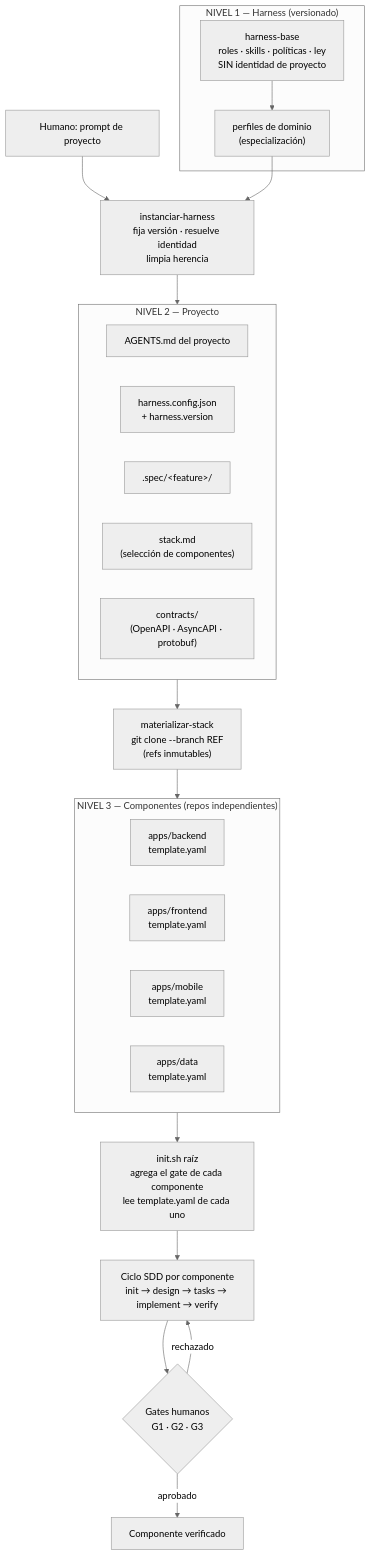
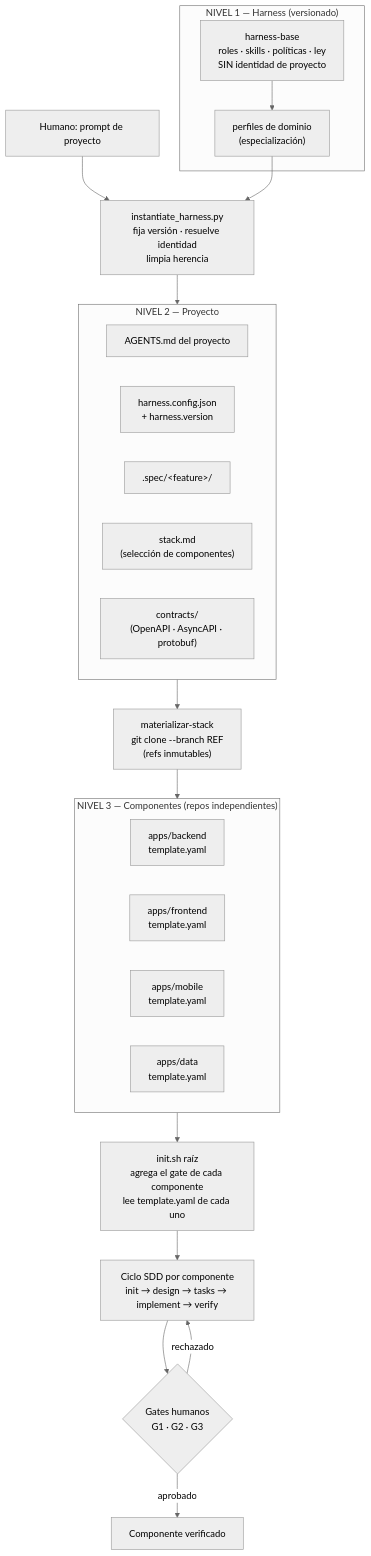
Before and after one commit to juanmorenomotta/ai-harness-architecture: the diagram in docs/propuesta-harness-instanciable.md, drawn with Mermaid (neutral theme). The commit also changed other lines of this file and 7 other files, not shown here.

````diff
--- a/docs/propuesta-harness-instanciable.md
+++ b/docs/propuesta-harness-instanciable.md
@@ -93,41 +93,41 @@
 ```mermaid
 flowchart TD
   subgraph N1["NIVEL 1 — Harness (versionado)"]
     HB["harness-base<br/>roles · skills · políticas · ley<br/>SIN identidad de proyecto"]
     HP["perfiles de dominio<br/>(especialización)"]
     HB --> HP
   end
 
   P["Humano: prompt de proyecto"] --> INST
-  HP --> INST["instanciar-harness<br/>fija versión · resuelve identidad<br/>limpia herencia"]
+  HP --> INST["instantiate_harness.py<br/>fija versión · resuelve identidad<br/>limpia herencia"]
 
   INST --> N2
 
   subgraph N2["NIVEL 2 — Proyecto"]
     LAW["AGENTS.md del proyecto"]
     CFG["harness.config.json<br/>+ harness.version"]
     SPEC[".spec/&lt;feature&gt;/"]
     STACK["stack.md<br/>(selección de componentes)"]
     CTR["contracts/<br/>(OpenAPI · AsyncAPI · protobuf)"]
   end
 
   N2 --> MAT
 
   MAT["materializar-stack<br/>git clone --branch REF<br/>(refs inmutables)"] --> N3
 
   subgraph N3["NIVEL 3 — Componentes (repos independientes)"]
     BE["apps/backend<br/>template.yaml"]
     FE["apps/frontend<br/>template.yaml"]
     MO["apps/mobile<br/>template.yaml"]
     DB["apps/data<br/>template.yaml"]
   end
 
   N3 --> GATE
 
   GATE["init.sh raíz<br/>agrega el gate de cada componente<br/>lee template.yaml de cada uno"] --> SDD
 
   SDD["Ciclo SDD por componente<br/>init → design → tasks → implement → verify"]
   SDD --> G{"Gates humanos<br/>G1 · G2 · G3"}
   G -->|aprobado| DONE["Componente verificado"]
   G -->|rechazado| SDD
 ```
````
